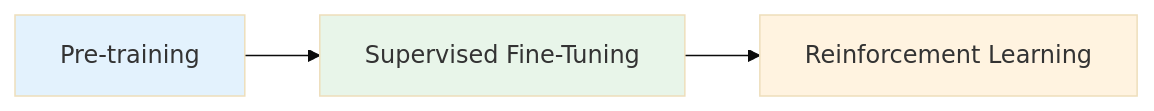
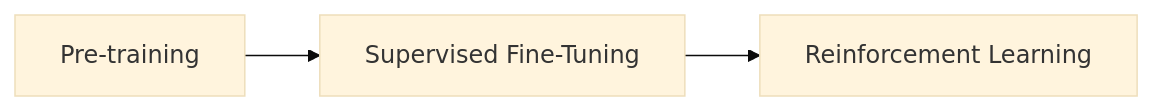
Before and after one commit to xdflatline/quartz: the first of 2 diagrams in content/Concepts/reinforcement-learning-grpo.md, drawn with Mermaid (base theme). The commit also changed other lines of this file and 6 other files, not shown here.

````diff
--- a/content/Concepts/reinforcement-learning-grpo.md
+++ b/content/Concepts/reinforcement-learning-grpo.md
@@ -19,9 +19,6 @@
 ```mermaid
 graph LR
     A[Pre-training] --> B[Supervised Fine-Tuning]
     B --> C[Reinforcement Learning]
     
-    style A fill:#e3f2fd
-    style B fill:#e8f5e9
-    style C fill:#fff3e0
 ```
````
